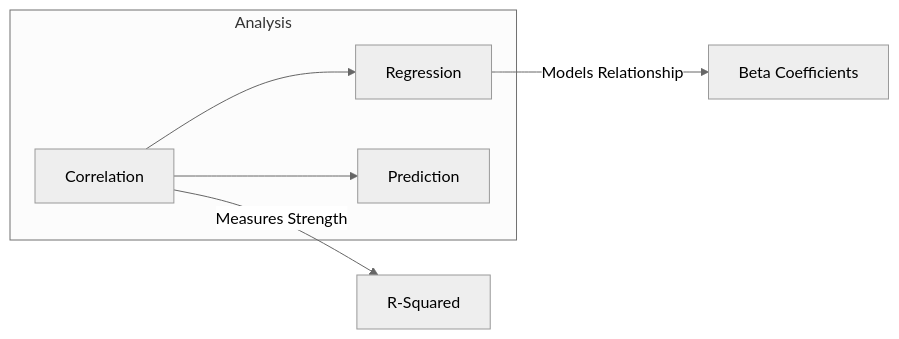
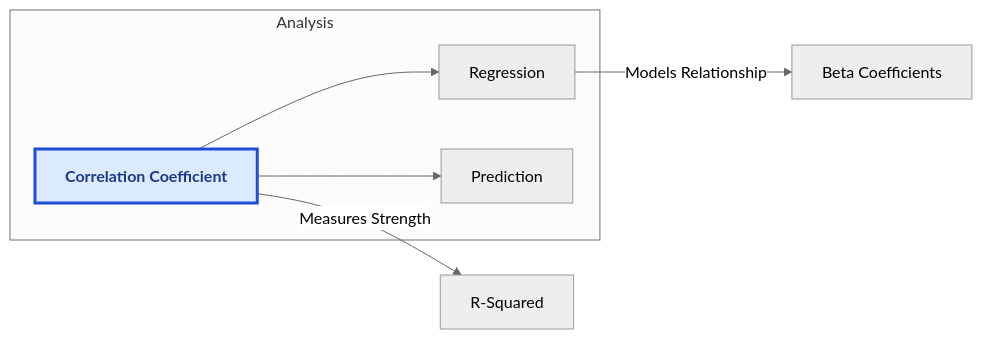
Before and after one commit to ilwon-seo/terms: the second of 2 diagrams in C/Correlation coefficient.md, drawn with Mermaid (neutral theme). The commit also changed other lines of this file and 18 other files, not shown here.

Commit message:
Standardize current-term Mermaid styling

````diff
--- a/C/Correlation coefficient.md
+++ b/C/Correlation coefficient.md
@@ -183,9 +185,11 @@
 ```mermaid
 graph LR
     subgraph Analysis
-        Corr[Correlation] --> Reg[Regression]
+        Corr[Correlation Coefficient] --> Reg[Regression]
         Corr --> Pred[Prediction]
     end
     Corr -- "Measures Strength" --> R2[R-Squared]
     Reg -- "Models Relationship" --> Slope[Beta Coefficients]
+    classDef currentTerm fill:#dbeafe,stroke:#1d4ed8,stroke-width:3px,color:#1e3a8a,font-weight:bold
+    class Corr currentTerm
 ```
````
